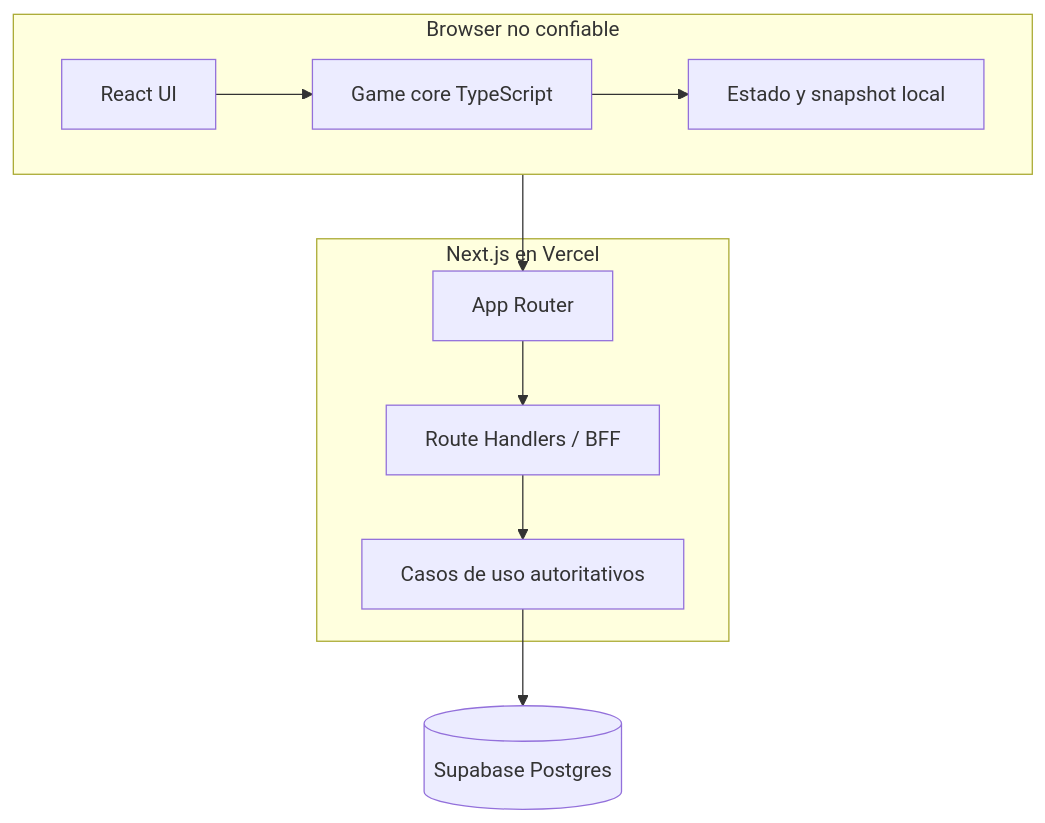
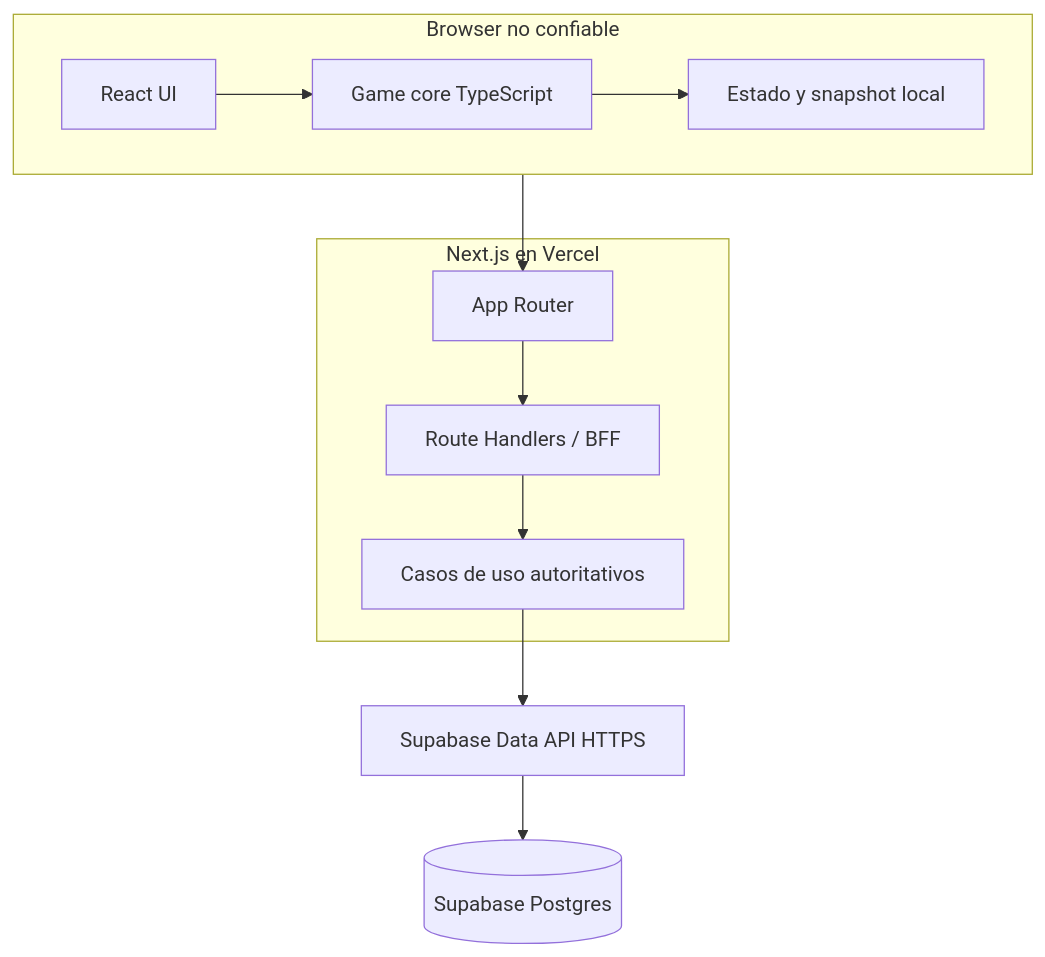
The second of 3 diagrams in docs/03-architecture/architecture-overview.md (gastong256/mono256_egresado-game), drawn with Mermaid before and after one commit. The commit also changed other lines of this file and 17 other files, not shown here.

````diff
--- a/docs/03-architecture/architecture-overview.md
+++ b/docs/03-architecture/architecture-overview.md
@@ -39,22 +39,23 @@
 ```mermaid
 flowchart TD
     subgraph Browser[Browser no confiable]
       UI[React UI]
       ENGINE[Game core TypeScript]
       STATE[Estado y snapshot local]
       UI --> ENGINE
       ENGINE --> STATE
     end
 
     subgraph Runtime[Next.js en Vercel]
       APP[App Router]
       ROUTES[Route Handlers / BFF]
       USECASES[Casos de uso autoritativos]
       APP --> ROUTES
       ROUTES --> USECASES
     end
 
     DB[(Supabase Postgres)]
     Browser --> APP
-    USECASES --> DB
+    USECASES --> DATAAPI[Supabase Data API HTTPS]
+    DATAAPI --> DB
 ```
````
